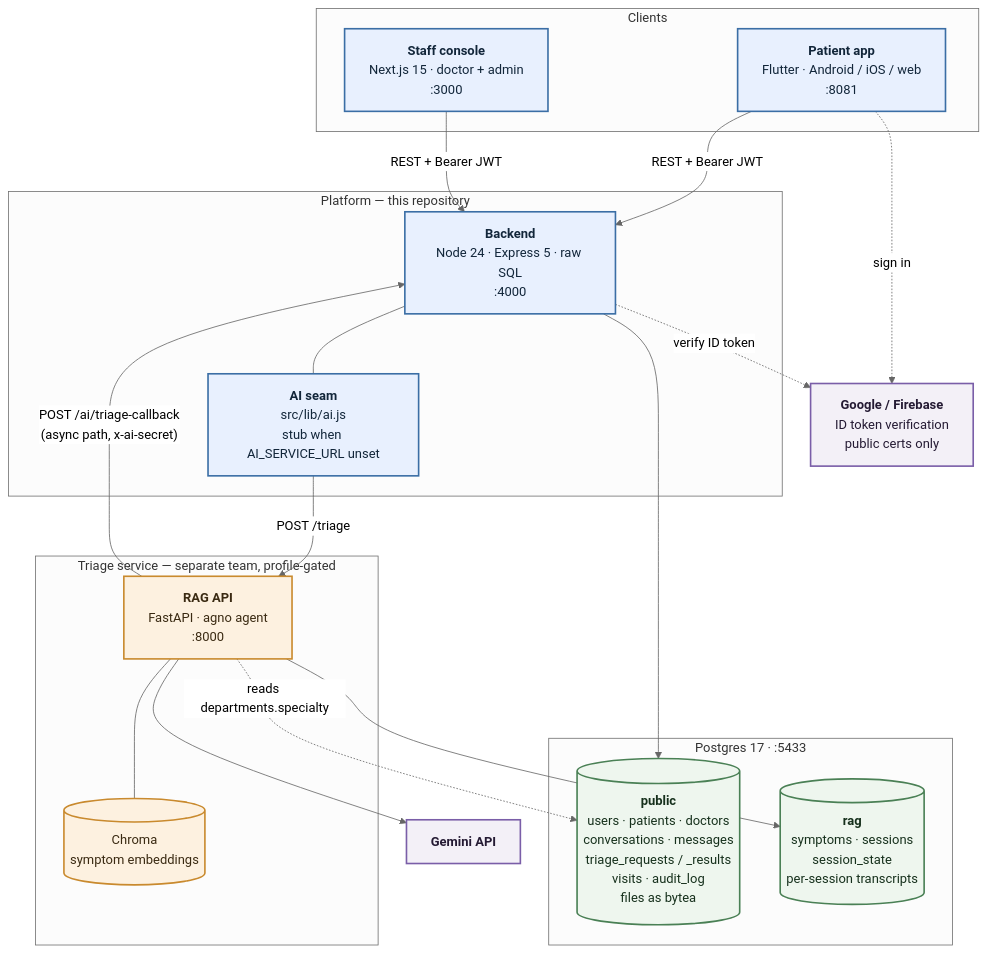
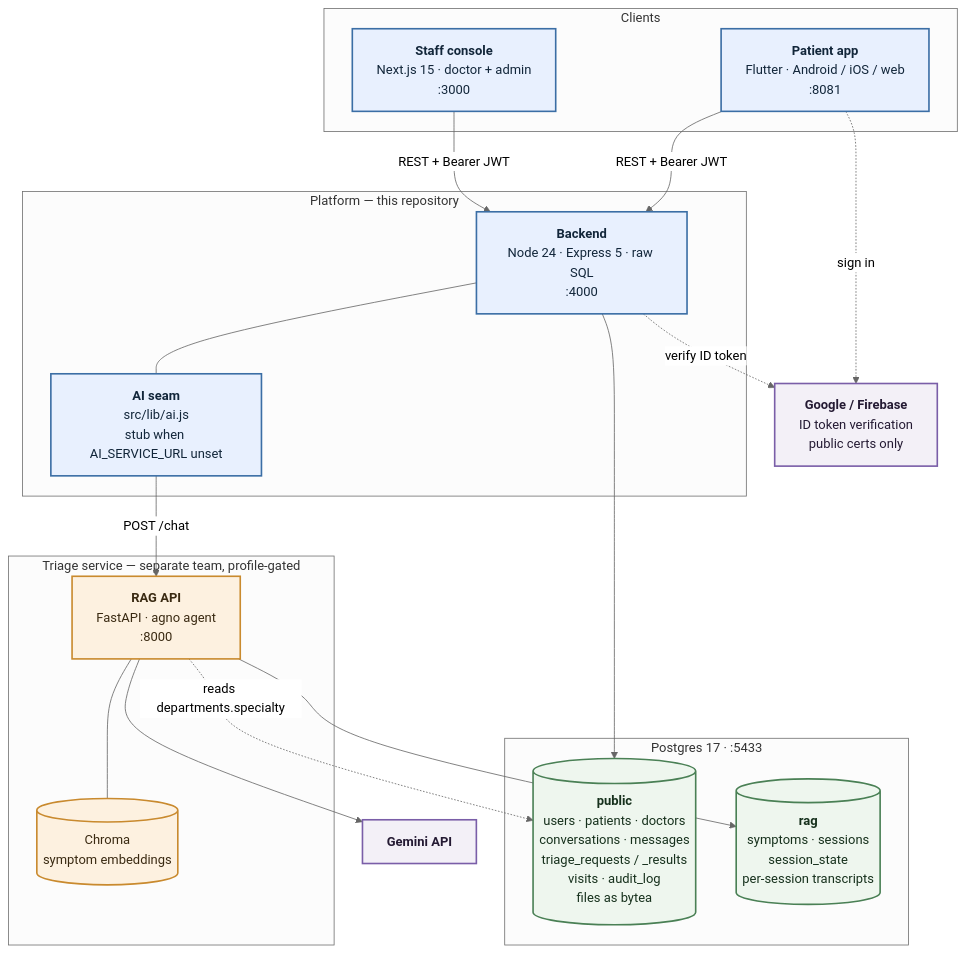
The first of 5 diagrams in ARCHITECTURE.md (BrataBuilds/Sanjeevani-AI), drawn with Mermaid (neutral theme) before and after one commit. The commit also changed other lines of this file and 31 other files, not shown here.

````diff
--- a/ARCHITECTURE.md
+++ b/ARCHITECTURE.md
@@ -18,49 +18,48 @@
 ```mermaid
 graph TB
     subgraph clients["Clients"]
         APP["<b>Patient app</b><br/>Flutter · Android / iOS / web<br/>:8081"]
         WEB["<b>Staff console</b><br/>Next.js 15 · doctor + admin<br/>:3000"]
     end
 
     subgraph platform["Platform — this repository"]
         API["<b>Backend</b><br/>Node 24 · Express 5 · raw SQL<br/>:4000"]
         SEAM["<b>AI seam</b><br/>src/lib/ai.js<br/>stub when AI_SERVICE_URL unset"]
         API --- SEAM
     end
 
     subgraph ai["Triage service — separate team, profile-gated"]
         RAG["<b>RAG API</b><br/>FastAPI · agno agent<br/>:8000"]
         CHROMA[("Chroma<br/>symptom embeddings")]
         RAG --- CHROMA
     end
 
     subgraph data["Postgres 17 · :5433"]
         PUB[("<b>public</b><br/>users · patients · doctors<br/>conversations · messages<br/>triage_requests / _results<br/>visits · audit_log<br/>files as bytea")]
         RAGS[("<b>rag</b><br/>symptoms · sessions<br/>session_state<br/>per-session transcripts")]
     end
 
     EXT["<b>Google / Firebase</b><br/>ID token verification<br/>public certs only"]
     GEM["<b>Gemini API</b>"]
 
     APP -->|"REST + Bearer JWT"| API
     WEB -->|"REST + Bearer JWT"| API
     APP -.->|"sign in"| EXT
     API -.->|"verify ID token"| EXT
 
-    SEAM -->|"POST /triage"| RAG
-    RAG -->|"POST /ai/triage-callback<br/>(async path, x-ai-secret)"| API
+    SEAM -->|"POST /chat"| RAG
     RAG --> GEM
 
     API --> PUB
     RAG --> RAGS
     RAG -.->|"reads departments.specialty"| PUB
 
     classDef ours fill:#e8f0fe,stroke:#3b6ea5,stroke-width:2px,color:#12263a
     classDef theirs fill:#fdf1e0,stroke:#c98a2e,stroke-width:2px,color:#3a2a12
     classDef store fill:#eef6ee,stroke:#4a8055,stroke-width:2px,color:#16301c
     classDef ext fill:#f3f0f7,stroke:#7a5ea8,stroke-width:2px,color:#241a33
     class APP,WEB,API,SEAM ours
     class RAG,CHROMA theirs
     class PUB,RAGS store
     class EXT,GEM ext
 ```
````
